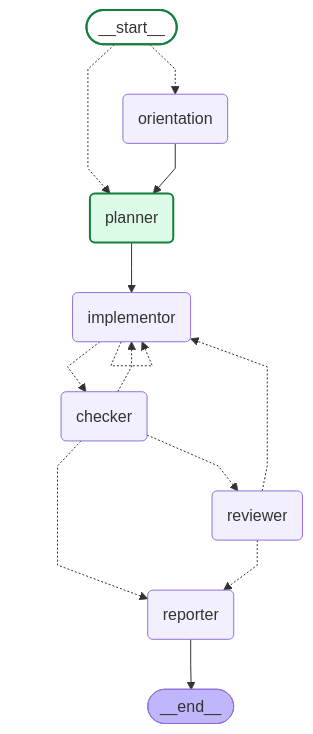
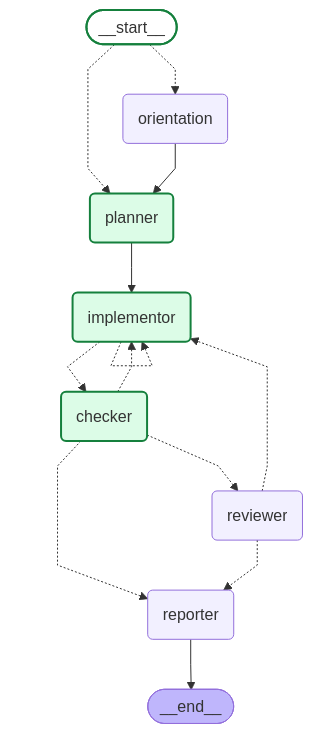
The diagram in runs/20260809-180808-0be51f/graph.mmd (daniell0gda/hermes-feature-check-dashboard), drawn with Mermaid before and after one commit. The commit also changed 11 other files, not shown here.

```diff
--- a/runs/20260809-180808-0be51f/graph.mmd
+++ b/runs/20260809-180808-0be51f/graph.mmd
@@ -1,35 +1,37 @@
 ---
 config:
   flowchart:
     curve: linear
 ---
 graph TD;
 	__start__([<p>__start__</p>]):::first
 	orientation(orientation)
 	planner(planner)
 	implementor(implementor)
 	checker(checker)
 	reviewer(reviewer)
 	reporter(reporter)
 	__end__([<p>__end__</p>]):::last
 	__start__ -.-> orientation;
 	__start__ -.-> planner;
 	checker -.-> implementor;
 	checker -.-> reporter;
 	checker -.-> reviewer;
 	implementor -.-> checker;
 	orientation --> planner;
 	planner --> implementor;
 	reviewer -.-> implementor;
 	reviewer -.-> reporter;
 	reporter --> __end__;
 	implementor -.-> implementor;
 	classDef default fill:#f2f0ff,line-height:1.2
 	classDef first fill-opacity:0
 	classDef last fill:#bfb6fc
 
 classDef done fill:#dcfce7,stroke:#15803d,stroke-width:2px;
 classDef active fill:#dbeafe,stroke:#2563eb,stroke-width:3px;
 classDef failed fill:#fee2e2,stroke:#b42318,stroke-width:2px;
 class planner done;
+class checker done;
+class implementor done;
 class __start__ done;
```
